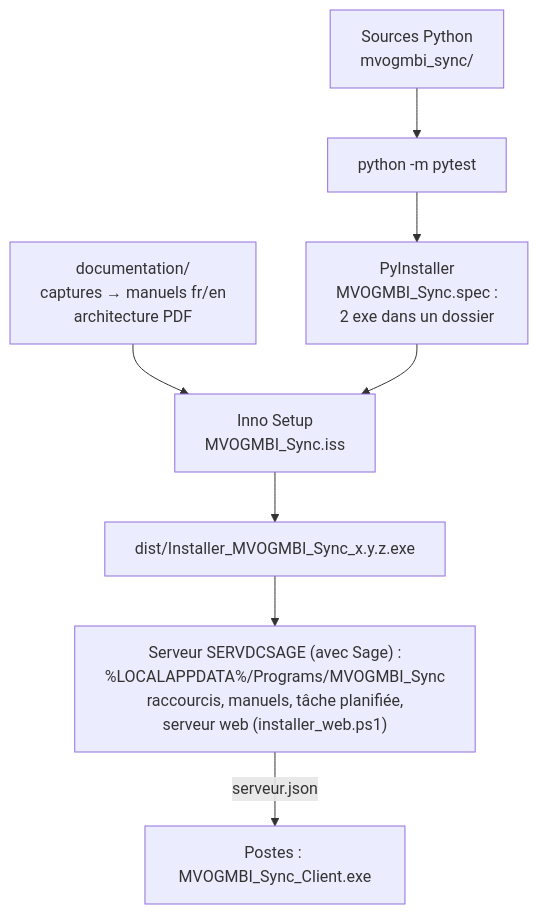
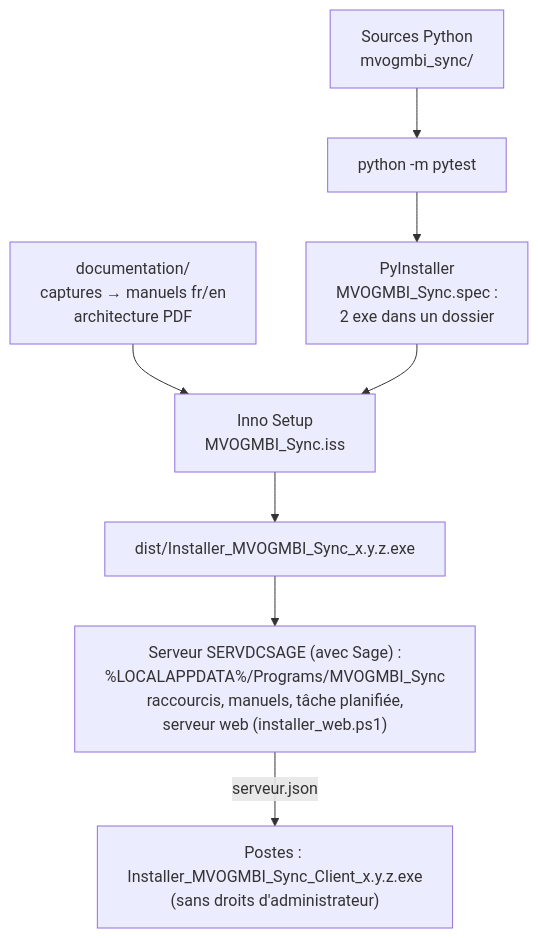
Before and after one commit to mteingueng-dot/MVOGMBI_Sync_2026.1: diagram 21 of 21 in ARCHITECTURE.md, drawn with Mermaid. The commit also changed other lines of this file and 34 other files, not shown here.

````diff
--- a/ARCHITECTURE.md
+++ b/ARCHITECTURE.md
@@ -609,10 +672,10 @@
 ```mermaid
 flowchart TD
     SRC["Sources Python<br/>mvogmbi_sync/"] --> T["python -m pytest"]
     T --> PY["PyInstaller<br/>MVOGMBI_Sync.spec :<br/>2 exe dans un dossier"]
     DOC["documentation/<br/>captures → manuels fr/en<br/>architecture PDF"] --> INNO
     PY --> INNO["Inno Setup<br/>MVOGMBI_Sync.iss"]
     INNO --> SETUP["dist/Installer_MVOGMBI_Sync_x.y.z.exe"]
     SETUP --> POSTE["Serveur SERVDCSAGE (avec Sage) :<br/>%LOCALAPPDATA%/Programs/MVOGMBI_Sync<br/>raccourcis, manuels, tâche planifiée,<br/>serveur web (installer_web.ps1)"]
-    POSTE -->|serveur.json| CLIENT["Postes : MVOGMBI_Sync_Client.exe"]
+    POSTE -->|serveur.json| CLIENT["Postes : Installer_MVOGMBI_Sync_Client_x.y.z.exe<br/>(sans droits d'administrateur)"]
 ```
````
